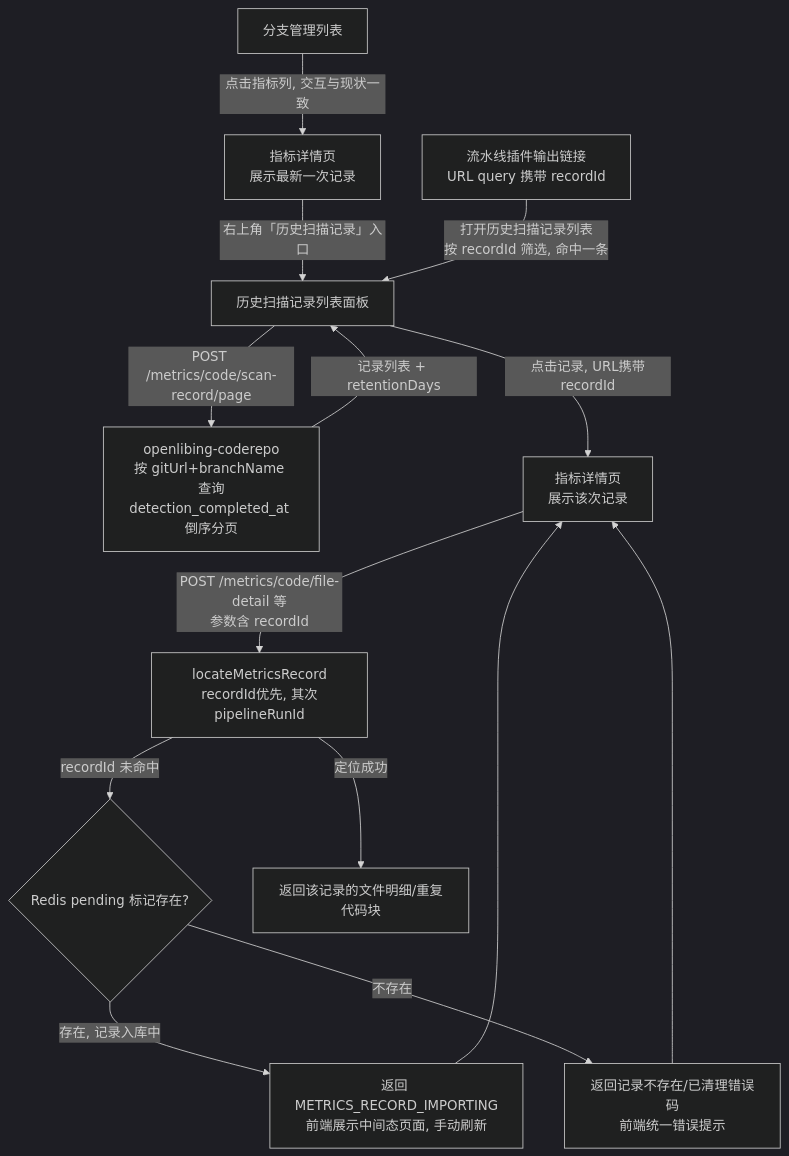
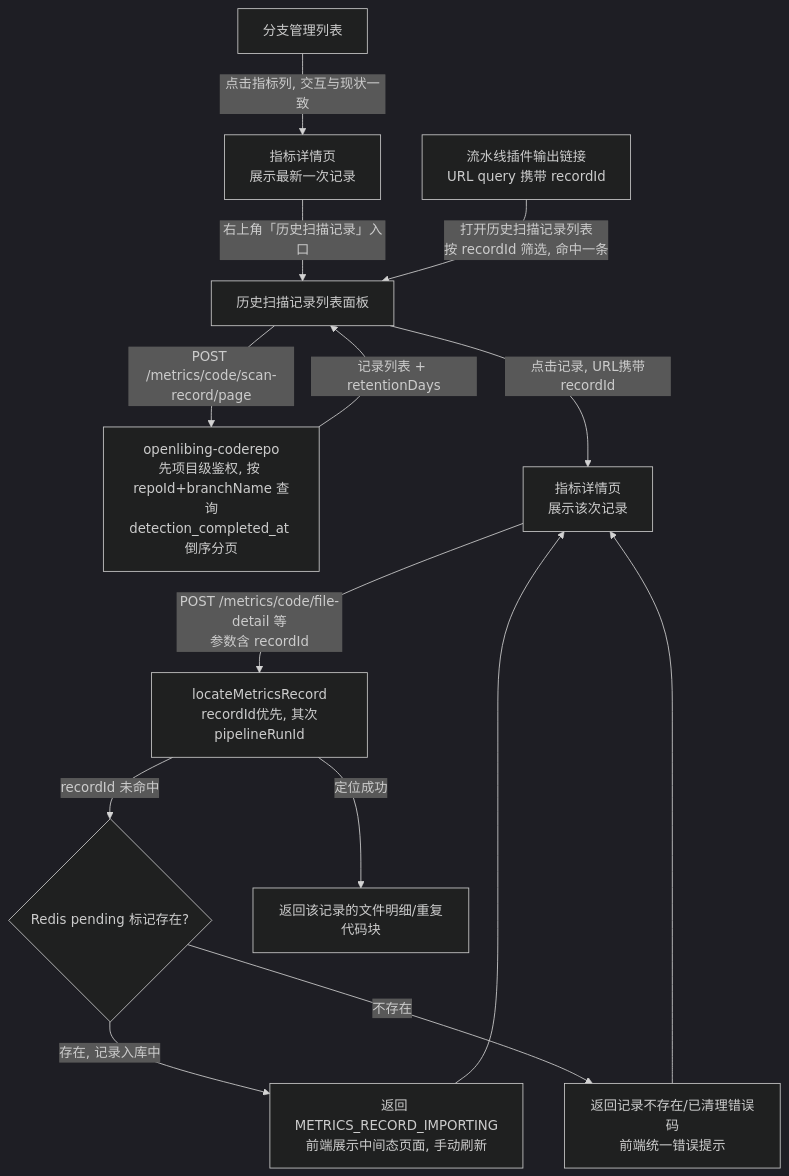
One commit to ozvale/openlibing-docs changed the first of 2 diagrams in spec/openlibing-coderepo/task_design/code-metrics-history-scan-record/design.md. Above: the diagram before and after it, drawn with Mermaid (dark theme). The commit also changed other lines of this file, not shown here.

First line of the commit message:
docs(spec/openlibing-coderepo): address review comments for code-metrics history scan record

````diff
--- a/spec/openlibing-coderepo/task_design/code-metrics-history-scan-record/design.md
+++ b/spec/openlibing-coderepo/task_design/code-metrics-history-scan-record/design.md
@@ -49,16 +49,16 @@
 ```mermaid
 flowchart TD
     A[分支管理列表] -->|点击指标列, 交互与现状一致| B[指标详情页<br/>展示最新一次记录]
     B -->|右上角「历史扫描记录」入口| C[历史扫描记录列表面板]
-    C -->|POST /metrics/code/scan-record/page| D[openlibing-coderepo<br/>按 gitUrl+branchName 查询<br/>detection_completed_at 倒序分页]
+    C -->|POST /metrics/code/scan-record/page| D[openlibing-coderepo<br/>先项目级鉴权, 按 repoId+branchName 查询<br/>detection_completed_at 倒序分页]
     D -->|记录列表 + retentionDays| C
     C -->|点击记录, URL携带recordId| E[指标详情页<br/>展示该次记录]
     P[流水线插件输出链接<br/>URL query 携带 recordId] -->|打开历史扫描记录列表<br/>按 recordId 筛选, 命中一条| C
     E -->|POST /metrics/code/file-detail 等<br/>参数含 recordId| F[locateMetricsRecord<br/>recordId优先, 其次pipelineRunId]
     F -->|recordId 未命中| G{Redis pending 标记存在?}
     G -->|存在, 记录入库中| G1[返回 METRICS_RECORD_IMPORTING<br/>前端展示中间态页面, 手动刷新]
     G -->|不存在| G2[返回记录不存在/已清理错误码<br/>前端统一错误提示]
     F -->|定位成功| H[返回该记录的文件明细/重复代码块]
     G1 --> E
     G2 --> E
 ```
````
